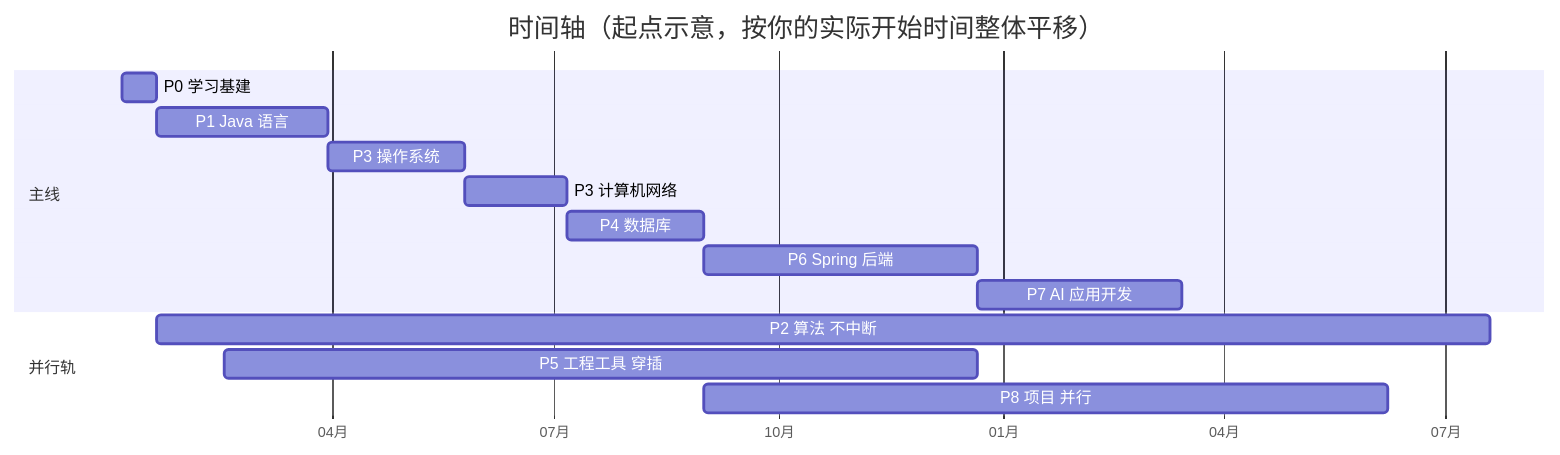
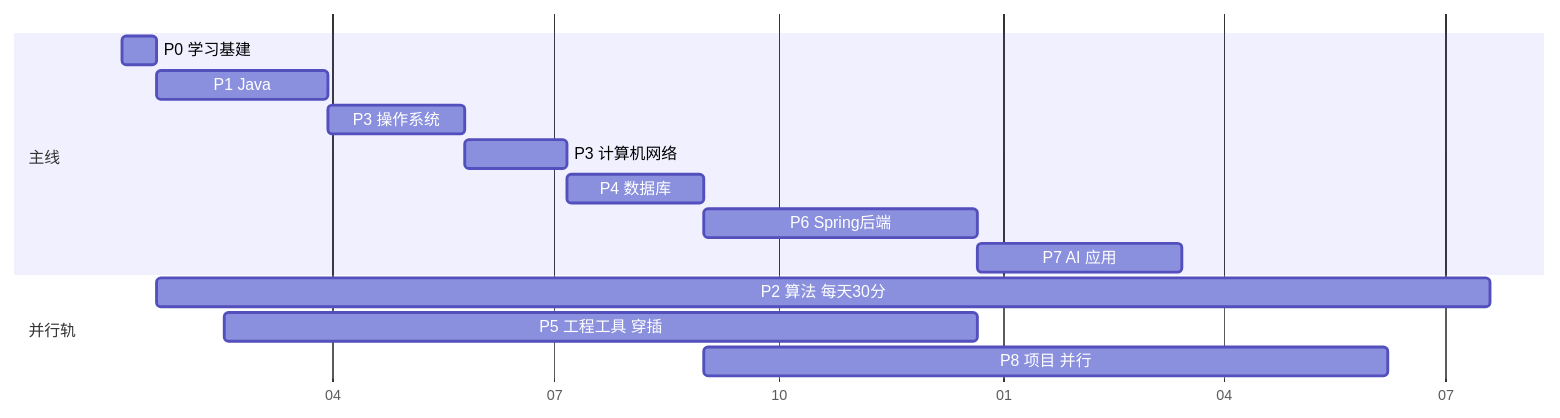
One commit to chenguanji0711/java-to-ai-roadmap changed the second of 4 diagrams in roadmap.md. Above: the diagram before and after it, drawn with Mermaid.

Commit message:
docs: 优化时间轴 Mermaid（去掉标题与 today 标记，缩短任务名，避免横向溢出）

````diff
--- a/roadmap.md
+++ b/roadmap.md
@@ -147,18 +147,18 @@
 ```mermaid
 gantt
-    title 时间轴（起点示意，按你的实际开始时间整体平移）
     dateFormat YYYY-MM-DD
-    axisFormat %m月
+    axisFormat %m
+    todayMarker off
     section 主线
-    P0 学习基建      :p0, 2026-01-05, 14d
-    P1 Java 语言     :p1, after p0, 70d
-    P3 操作系统      :os, after p1, 56d
-    P3 计算机网络    :net, after os, 42d
-    P4 数据库        :db, after net, 56d
-    P6 Spring 后端   :boot, after db, 112d
-    P7 AI 应用开发   :ai, after boot, 84d
+    P0 学习基建   :p0, 2026-01-05, 14d
+    P1 Java       :p1, after p0, 70d
+    P3 操作系统   :os, after p1, 56d
+    P3 计算机网络 :net, after os, 42d
+    P4 数据库     :db, after net, 56d
+    P6 Spring后端 :boot, after db, 112d
+    P7 AI 应用    :ai, after boot, 84d
     section 并行轨
-    P2 算法 不中断   :alg, 2026-01-19, 546d
+    P2 算法 每天30分 :alg, 2026-01-19, 546d
     P5 工程工具 穿插 :eng, 2026-02-16, 308d
     P8 项目 并行     :proj, after db, 280d
 ```
````
